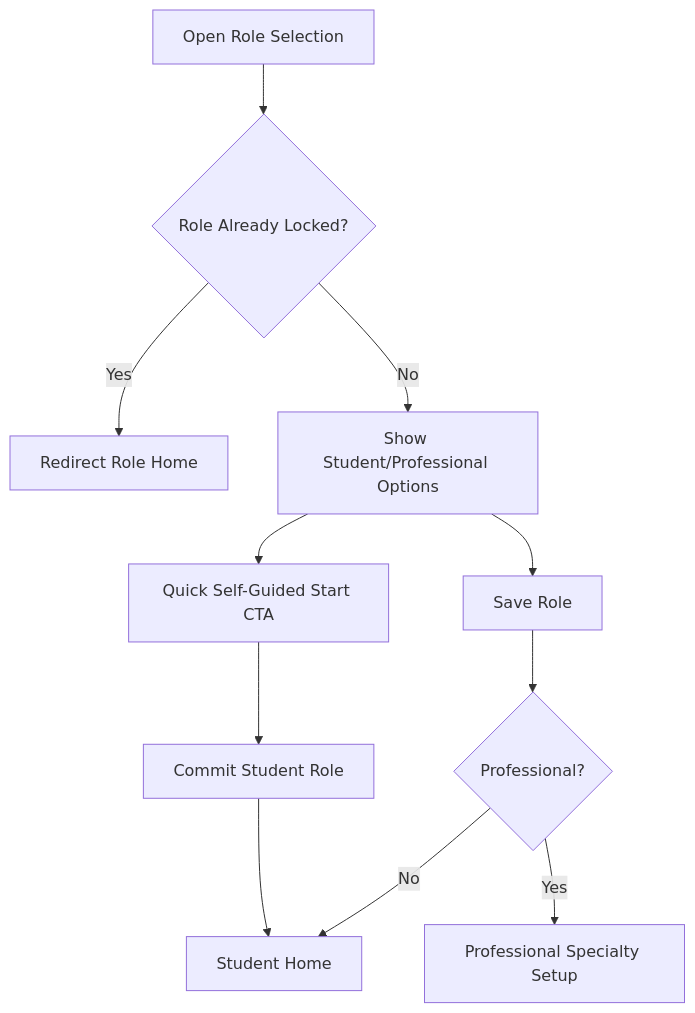
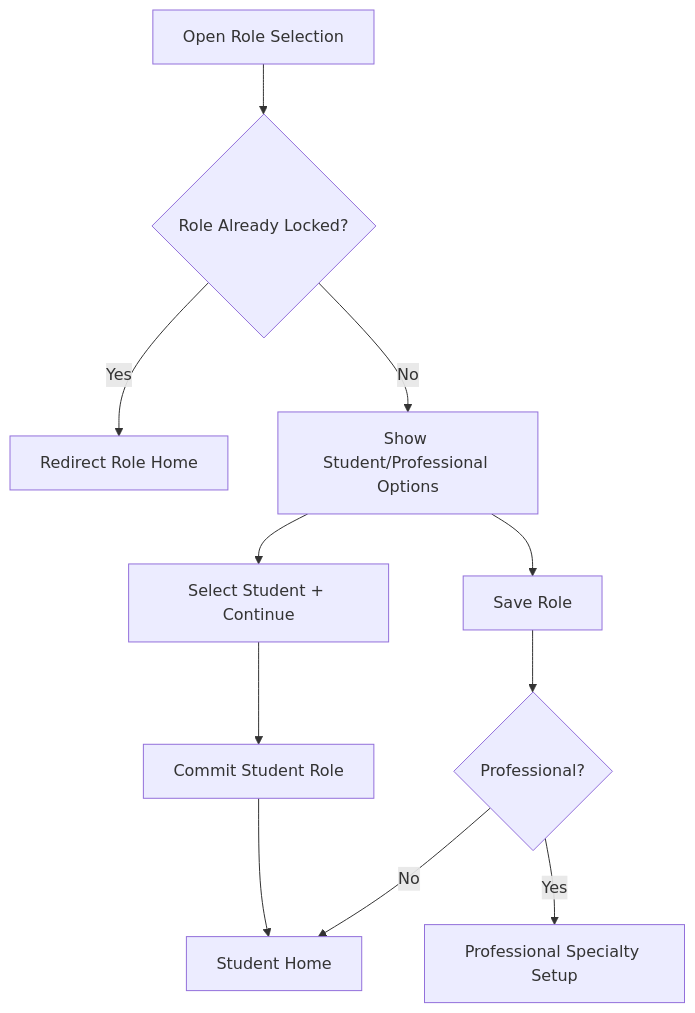
The third of 12 diagrams in docs/diagrams/screen-state-flows-v2-batch1.md (edufelip/MyChampions), drawn with Mermaid before and after one commit. The commit also changed 20 other files, not shown here.

````diff
--- a/docs/diagrams/screen-state-flows-v2-batch1.md
+++ b/docs/diagrams/screen-state-flows-v2-batch1.md
@@ -35,13 +35,13 @@
 ```mermaid
 flowchart TD
   A[Open Role Selection] --> B{Role Already Locked?}
   B -->|Yes| C[Redirect Role Home]
   B -->|No| D[Show Student/Professional Options]
-  D --> D1[Quick Self-Guided Start CTA]
+  D --> D1[Select Student + Continue]
   D1 --> D2[Commit Student Role]
   D2 --> H
   D --> E[Save Role]
   E --> F{Professional?}
   F -->|Yes| G[Professional Specialty Setup]
   F -->|No| H[Student Home]
 ```
````
